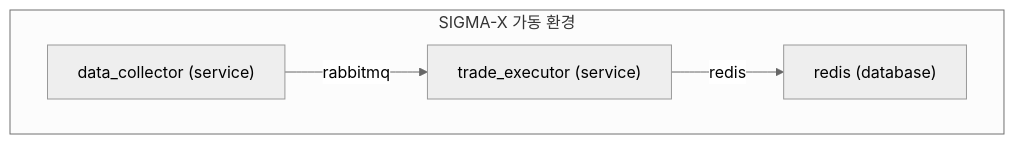
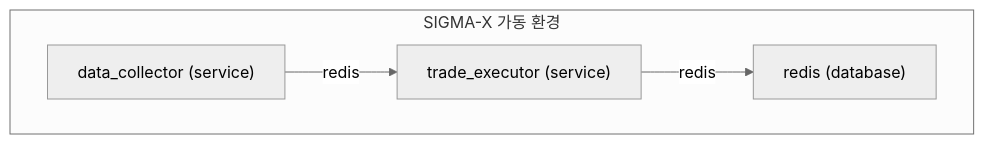
Before and after one commit to tjqjaqhd/sigma-x: the diagram in docs/main_diagram.mmd, drawn with Mermaid (neutral theme). The commit also changed 15 other files, not shown here.

Commit message:
docs: sync spec and regenerate diagrams

````diff
--- a/docs/main_diagram.mmd
+++ b/docs/main_diagram.mmd
@@ -1,10 +1,10 @@
 ```mermaid
 flowchart TD
 subgraph main ["SIGMA-X 가동 환경"]
     data_collector["data_collector (service)"]
     trade_executor["trade_executor (service)"]
     redis["redis (database)"]
 end
-    data_collector -->|rabbitmq| trade_executor
+    data_collector -->|redis| trade_executor
     trade_executor -->|redis| redis
 ```
````
